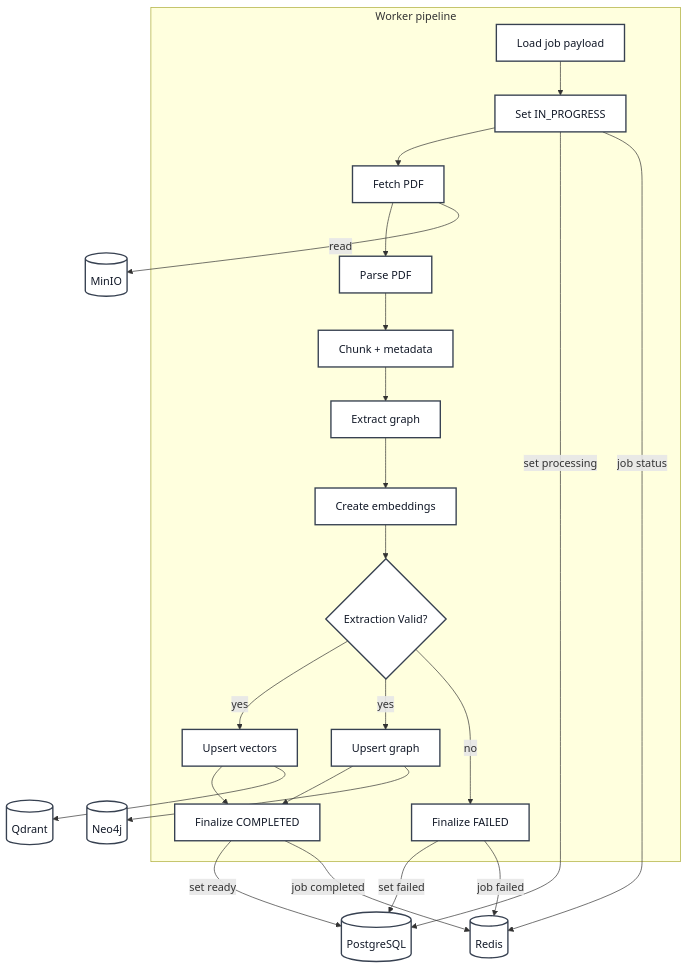
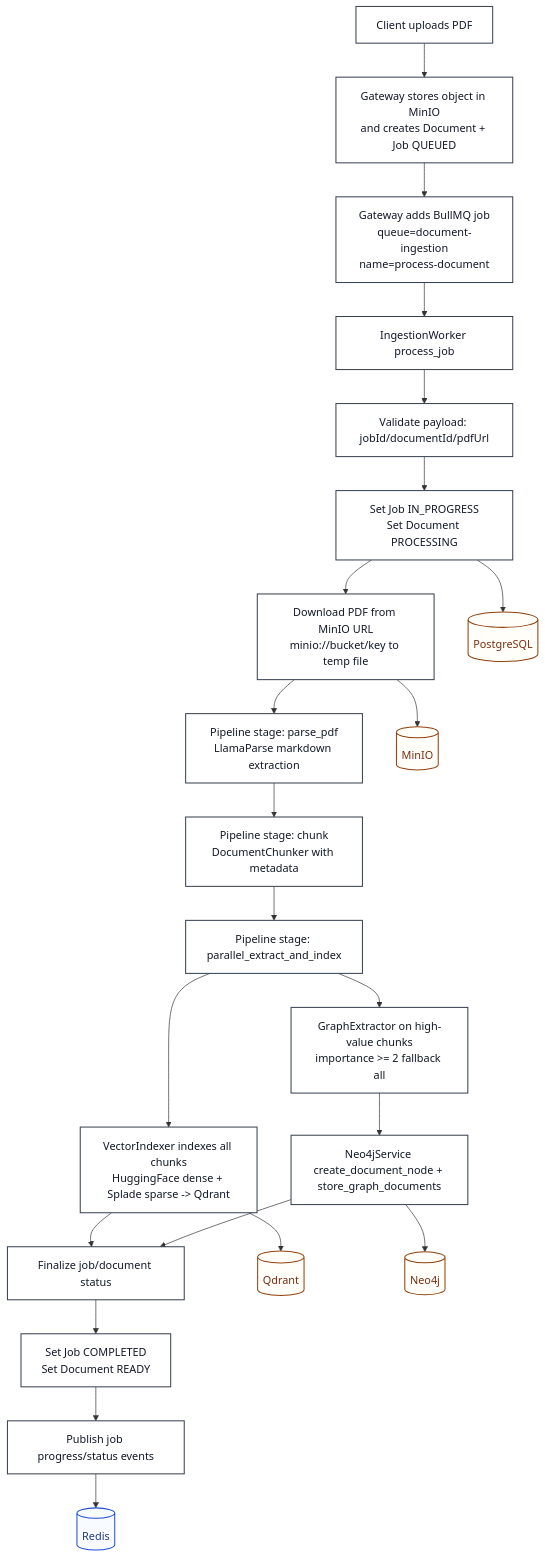
Before and after one commit to CodeSahil21/VendorClause-Ai: the second of 3 diagrams in README.md, drawn with Mermaid. The commit also changed other lines of this file and 1 other file, not shown here.

````diff
--- a/README.md
+++ b/README.md
@@ -103,50 +50,40 @@
 ```mermaid
 flowchart TB
-  classDef stage fill:#ffffff,stroke:#374151,stroke-width:2,color:#111827
-  classDef decision fill:#ffffff,stroke:#374151,stroke-width:2,color:#111827
-  classDef store fill:#ffffff,stroke:#374151,stroke-width:2,color:#111827
+	classDef step fill:#ffffff,stroke:#374151,stroke-width:1.5,color:#111827
+	classDef io fill:#f8fbff,stroke:#1d4ed8,stroke-width:1.5,color:#1e3a8a
+	classDef store fill:#fffef8,stroke:#92400e,stroke-width:1.5,color:#7c2d12
 
-    JOB[Load job payload]
-    START[Set IN_PROGRESS]
-    FETCH[Fetch PDF]
-    PARSE[Parse PDF]
-    CHUNK[Chunk + metadata]
-    GRAPH[Extract graph]
-    VECTOR[Create embeddings]
-  D1{Extraction Valid?}
-    UPV[Upsert vectors]
-    UPG[Upsert graph]
-    FINAL[Finalize COMPLETED]
-    FAIL[Finalize FAILED]
+	A[Client uploads PDF]:::step --> B[Gateway stores object in MinIO\nand creates Document + Job QUEUED]:::step
+	B --> C[Gateway adds BullMQ job\nqueue=document-ingestion\nname=process-document]:::step
+	C --> D[IngestionWorker process_job]:::step
 
-  PG[(PostgreSQL)]
-  MN[(MinIO)]
-  QD[(Qdrant)]
-  N4[(Neo4j)]
-    RD[(Redis)]
+	D --> E[Validate payload: jobId/documentId/pdfUrl]:::step
+	E --> F[Set Job IN_PROGRESS\nSet Document PROCESSING]:::step
+	F --> G[Download PDF from MinIO URL\nminio://bucket/key to temp file]:::step
 
-    subgraph PIPE[Worker pipeline]
-      JOB --> START --> FETCH --> PARSE --> CHUNK --> GRAPH --> VECTOR --> D1
-      D1 -->|yes| UPV
-      D1 -->|yes| UPG
-      D1 -->|no| FAIL
-      UPV --> FINAL
-      UPG --> FINAL
-    end
+	G --> H[Pipeline stage: parse_pdf\nLlamaParse markdown extraction]:::step
+	H --> I[Pipeline stage: chunk\nDocumentChunker with metadata]:::step
+	I --> J[Pipeline stage: parallel_extract_and_index]:::step
 
-    FETCH -->|read| MN
-  UPV --> QD
-  UPG --> N4
+	J --> K[VectorIndexer indexes all chunks\nHuggingFace dense + Splade sparse -> Qdrant]:::step
+	J --> L[GraphExtractor on high-value chunks\nimportance >= 2 fallback all]:::step
 
-    START -->|set processing| PG
-    FINAL -->|set ready| PG
-    FAIL -->|set failed| PG
+	L --> M[Neo4jService create_document_node + store_graph_documents]:::step
+	K --> N[Finalize job/document status]:::step
+	M --> N
 
-    START -->|job status| RD
-    FINAL -->|job completed| RD
-    FAIL -->|job failed| RD
+	N --> O[Set Job COMPLETED\nSet Document READY]:::step
+	O --> P[Publish job progress/status events]:::step
 
-  class JOB,START,FETCH,PARSE,CHUNK,GRAPH,VECTOR,UPV,UPG,FINAL,FAIL stage
-  class D1 decision
-  class PG,MN,QD,N4,RD store
+	Q[(PostgreSQL)]:::store
+	R[(MinIO)]:::store
+	S[(Qdrant)]:::store
+	T[(Neo4j)]:::store
+	U[(Redis)]:::io
+
+	F --> Q
+	G --> R
+	K --> S
+	M --> T
+	P --> U
 ```
````
